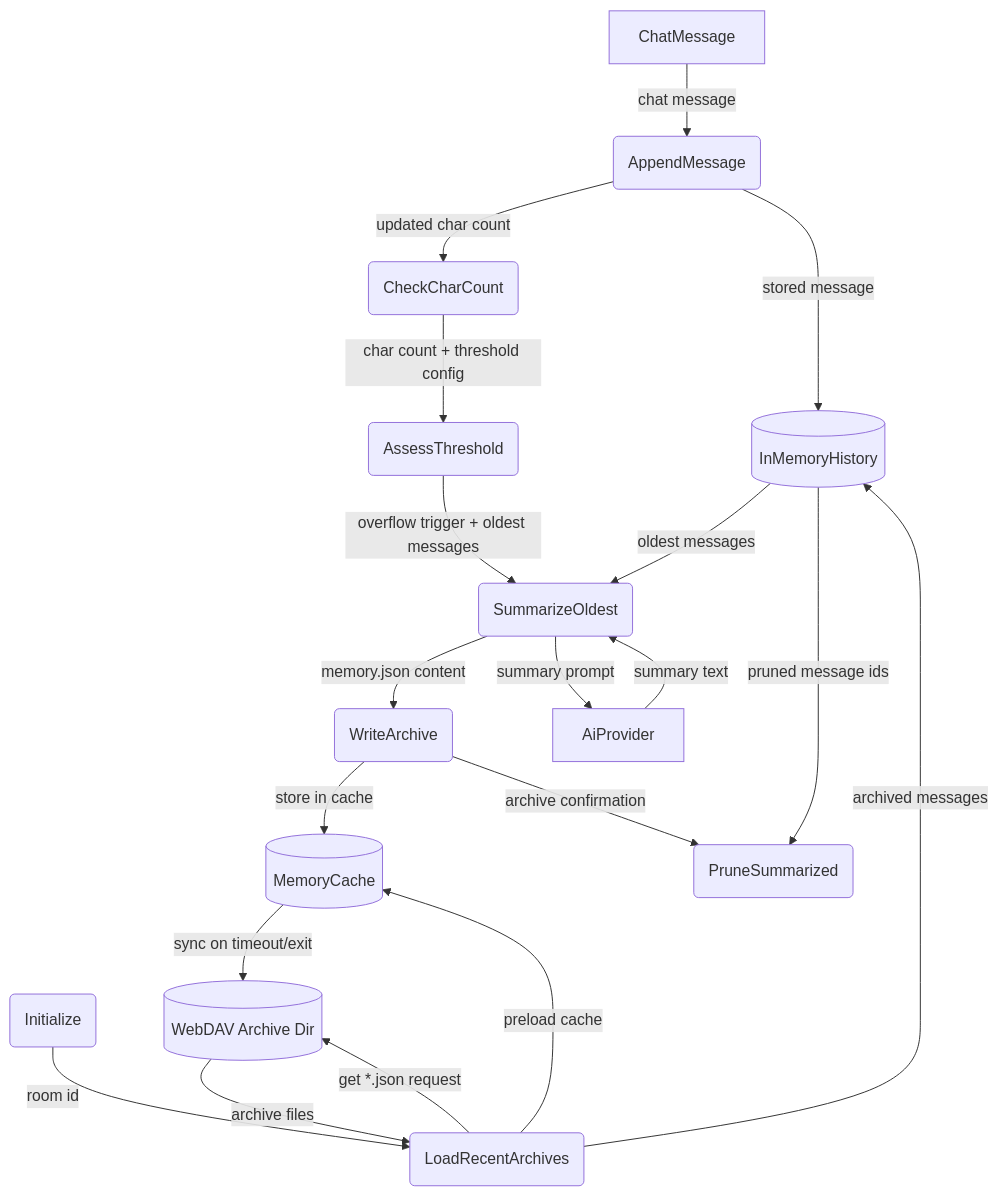
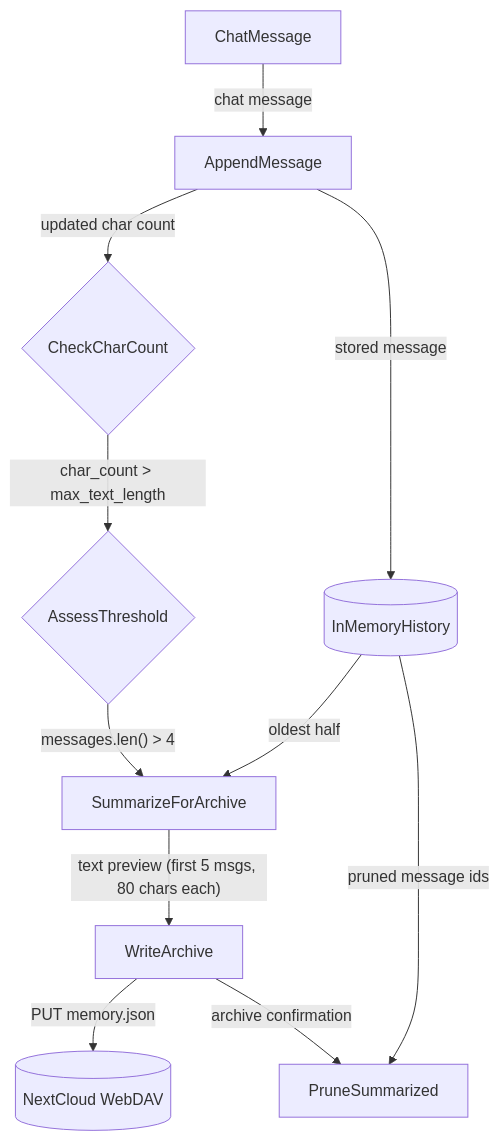
One commit to cosmoswafer/rockbot changed the first of 4 diagrams in _dfds/base/memory.md. Above: the diagram before and after it, drawn with Mermaid. The commit also changed other lines of this file and 6 other files, not shown here.

First line of the commit message:
dfd: merge webdav-memory into memory, mark knowledge as planned

````diff
--- a/_dfds/base/memory.md
+++ b/_dfds/base/memory.md
@@ -27,35 +30,23 @@
 ```mermaid
 flowchart TD
     MSG[ChatMessage]
+    APPEND[AppendMessage]
     STORE[(InMemoryHistory)]
-    CACHE[(MemoryCache)]
-    APPEND(AppendMessage)
-    COUNT(CheckCharCount)
-    THRESHOLD(AssessThreshold)
-    SUMMARIZE(SummarizeOldest)
-    ARCHIVE(WriteArchive)
-    PRUNE(PruneSummarized)
-    WEBDAV[(WebDAV Archive Dir)]
-    AI[AiProvider]
-    LOAD(LoadRecentArchives)
-    INIT(Initialize)
+    COUNT{CheckCharCount}
+    THRESHOLD{AssessThreshold}
+    SUMMARIZE[SummarizeForArchive]
+    ARCHIVE[WriteArchive]
+    PRUNE[PruneSummarized]
+    WEBDAV[(NextCloud WebDAV)]
 
     MSG -->|"chat message"| APPEND
     APPEND -->|"stored message"| STORE
     APPEND -->|"updated char count"| COUNT
-    COUNT -->|"char count + threshold config"| THRESHOLD
-    THRESHOLD -->|"overflow trigger + oldest messages"| SUMMARIZE
-    STORE -->|"oldest messages"| SUMMARIZE
-    SUMMARIZE -->|"summary prompt"| AI
-    AI -->|"summary text"| SUMMARIZE
-    SUMMARIZE -->|"memory.json content"| ARCHIVE
-    ARCHIVE -->|"store in cache"| CACHE
-    CACHE -->|"sync on timeout/exit"| WEBDAV
+    COUNT -->|"char_count > max_text_length"| THRESHOLD
+    THRESHOLD -->|"messages.len() > 4"| SUMMARIZE
+    STORE -->|"oldest half"| SUMMARIZE
+    SUMMARIZE -->|"text preview (first 5 msgs, 80 chars each)"| ARCHIVE
+    ARCHIVE -->|"PUT memory.json"| WEBDAV
     ARCHIVE -->|"archive confirmation"| PRUNE
     STORE -->|"pruned message ids"| PRUNE
-    INIT -->|"room id"| LOAD
-    LOAD -->|"get *.json request"| WEBDAV
-    WEBDAV -->|"archive files"| LOAD
-    LOAD -->|"preload cache"| CACHE
-    LOAD -->|"archived messages"| STORE
 ```
````
